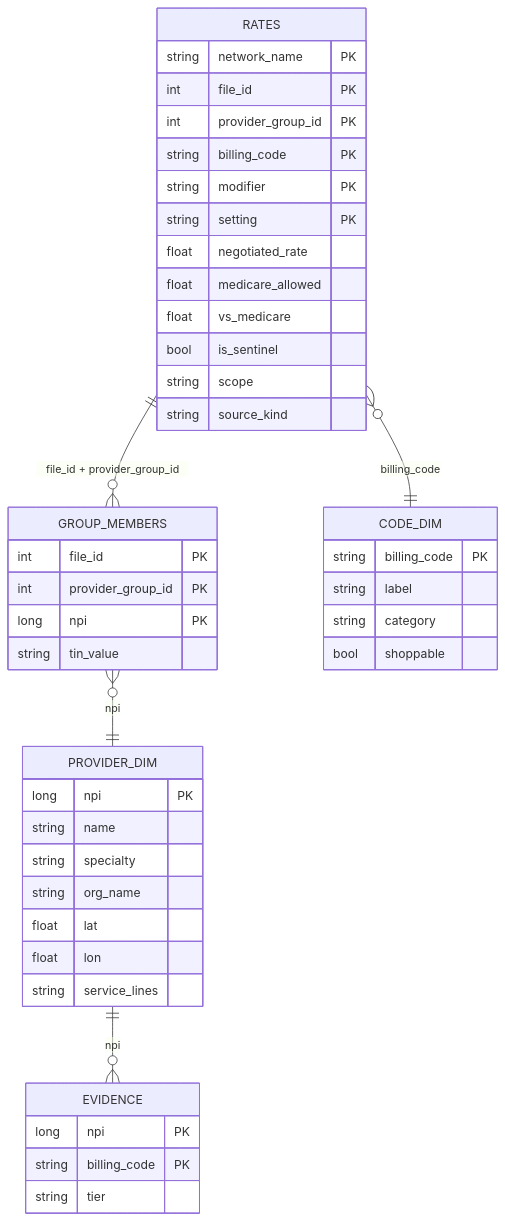
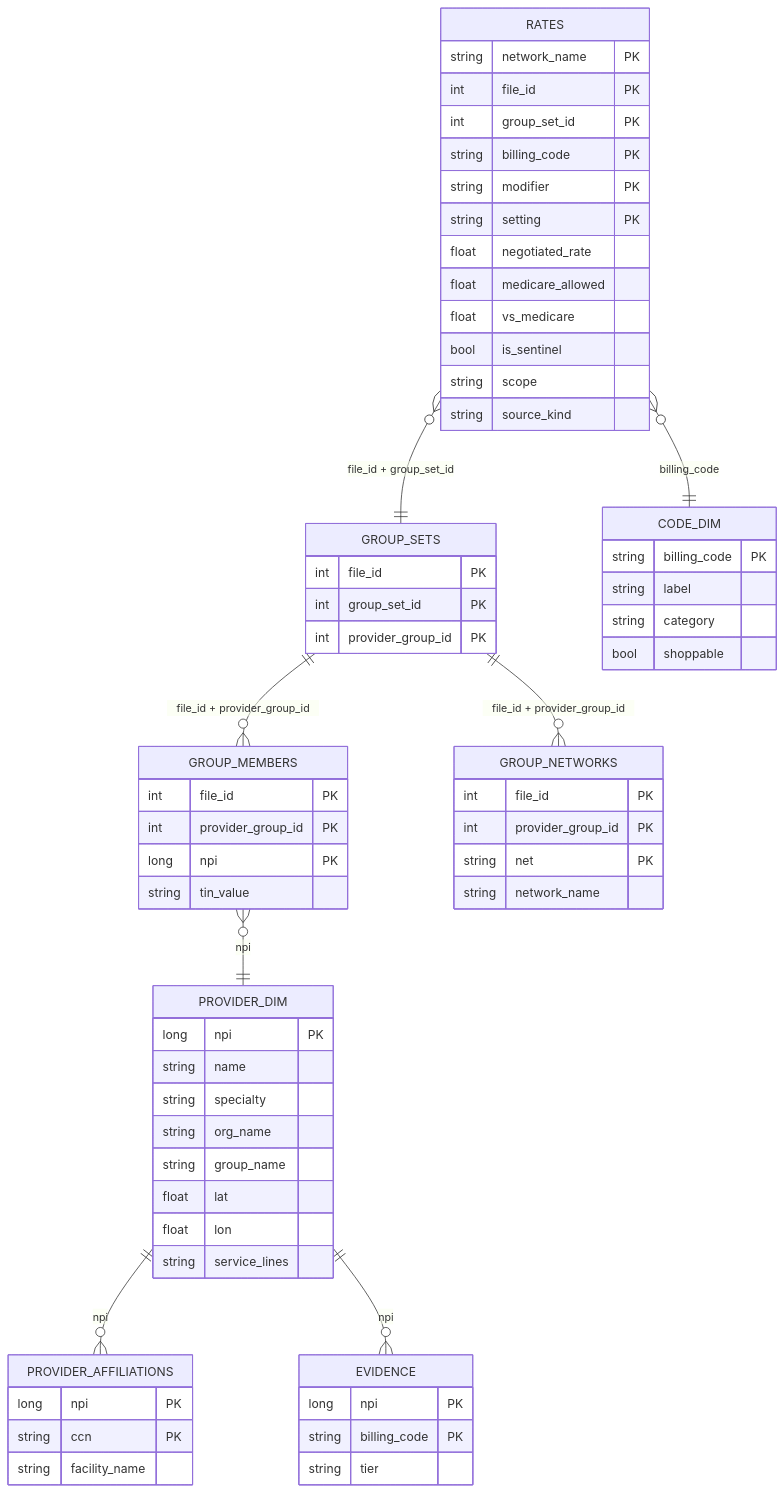
One commit to wmespi/honest-healthcare changed the second of 3 diagrams in docs/architecture.md. Above: the diagram before and after it, drawn with Mermaid. The commit also changed other lines of this file and 26 other files, not shown here.

````diff
--- a/docs/architecture.md
+++ b/docs/architecture.md
@@ -58,47 +58,67 @@
 ```mermaid
 erDiagram
-  RATES ||--o{ GROUP_MEMBERS : "file_id + provider_group_id"
+  RATES }o--|| GROUP_SETS : "file_id + group_set_id"
+  GROUP_SETS ||--o{ GROUP_MEMBERS : "file_id + provider_group_id"
+  GROUP_SETS ||--o{ GROUP_NETWORKS : "file_id + provider_group_id"
   GROUP_MEMBERS }o--|| PROVIDER_DIM : npi
+  PROVIDER_DIM ||--o{ PROVIDER_AFFILIATIONS : npi
   RATES }o--|| CODE_DIM : billing_code
   PROVIDER_DIM ||--o{ EVIDENCE : npi
   RATES {
     string network_name PK
     int file_id PK
-    int provider_group_id PK
+    int group_set_id PK
     string billing_code PK
     string modifier PK
     string setting PK
     float negotiated_rate
     float medicare_allowed
     float vs_medicare
     bool is_sentinel
     string scope
     string source_kind
   }
+  GROUP_SETS {
+    int file_id PK
+    int group_set_id PK
+    int provider_group_id PK
+  }
   GROUP_MEMBERS {
     int file_id PK
     int provider_group_id PK
     long npi PK
     string tin_value
   }
+  GROUP_NETWORKS {
+    int file_id PK
+    int provider_group_id PK
+    string net PK
+    string network_name
+  }
   PROVIDER_DIM {
     long npi PK
     string name
     string specialty
     string org_name
+    string group_name
     float lat
     float lon
     string service_lines
+  }
+  PROVIDER_AFFILIATIONS {
+    long npi PK
+    string ccn PK
+    string facility_name
   }
   CODE_DIM {
     string billing_code PK
     string label
     string category
     bool shoppable
   }
   EVIDENCE {
     long npi PK
     string billing_code PK
     string tier
   }
 ```
````
